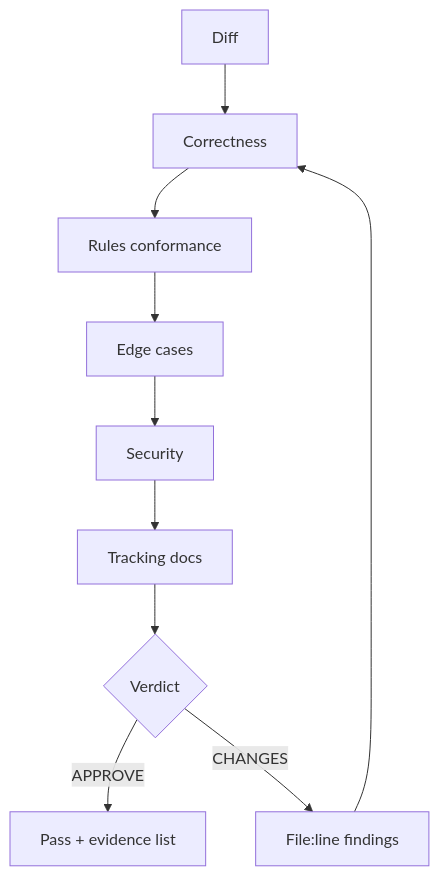
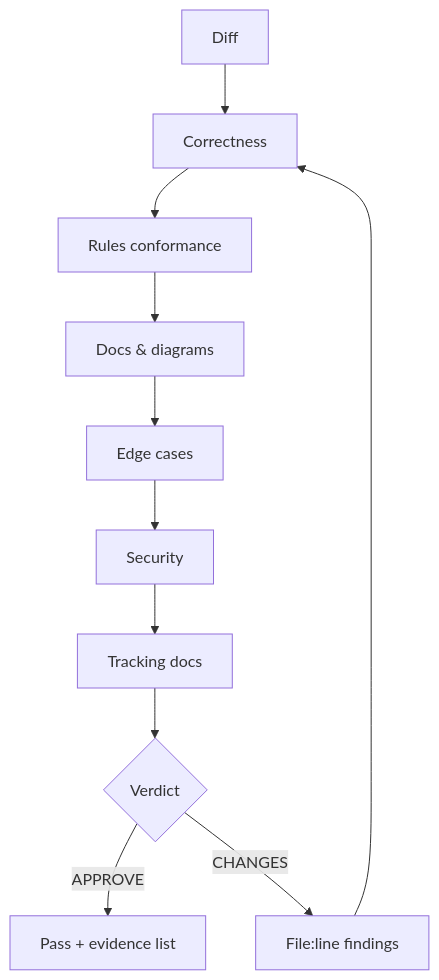
The first of 2 diagrams in .agents/skills/review-code.md (HELIX-Origin/nhentai-desktop), drawn with Mermaid before and after one commit. The commit also changed other lines of this file and 69 other files, not shown here.

````diff
--- a/.agents/skills/review-code.md
+++ b/.agents/skills/review-code.md
@@ -7,12 +7,13 @@
 ```mermaid
 flowchart TD
     D[Diff] --> P1[Correctness]
     P1 --> P2[Rules conformance]
-    P2 --> P3[Edge cases]
-    P3 --> P4[Security]
-    P4 --> P5[Tracking docs]
-    P5 --> V{Verdict}
+    P2 --> P3[Docs & diagrams]
+    P3 --> P4[Edge cases]
+    P4 --> P5[Security]
+    P5 --> P6[Tracking docs]
+    P6 --> V{Verdict}
     V -- APPROVE --> OUT[Pass + evidence list]
     V -- CHANGES --> RC[File:line findings]
     RC --> P1
 ```
````
